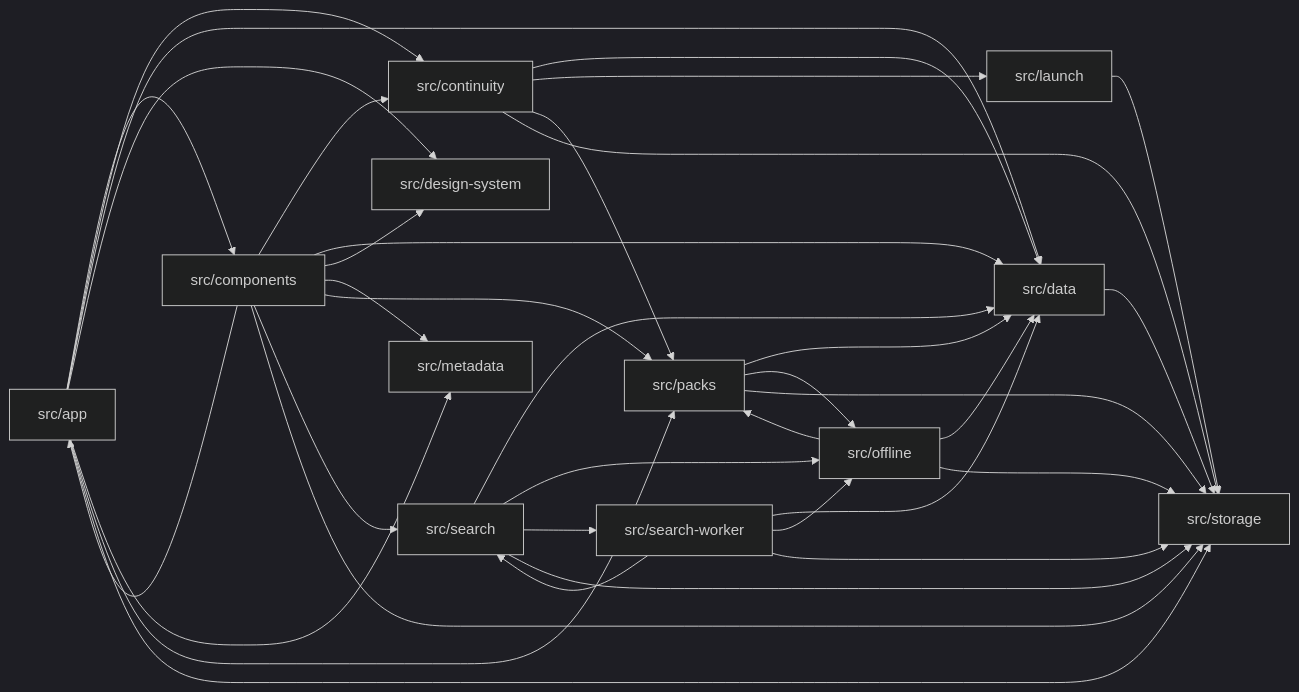
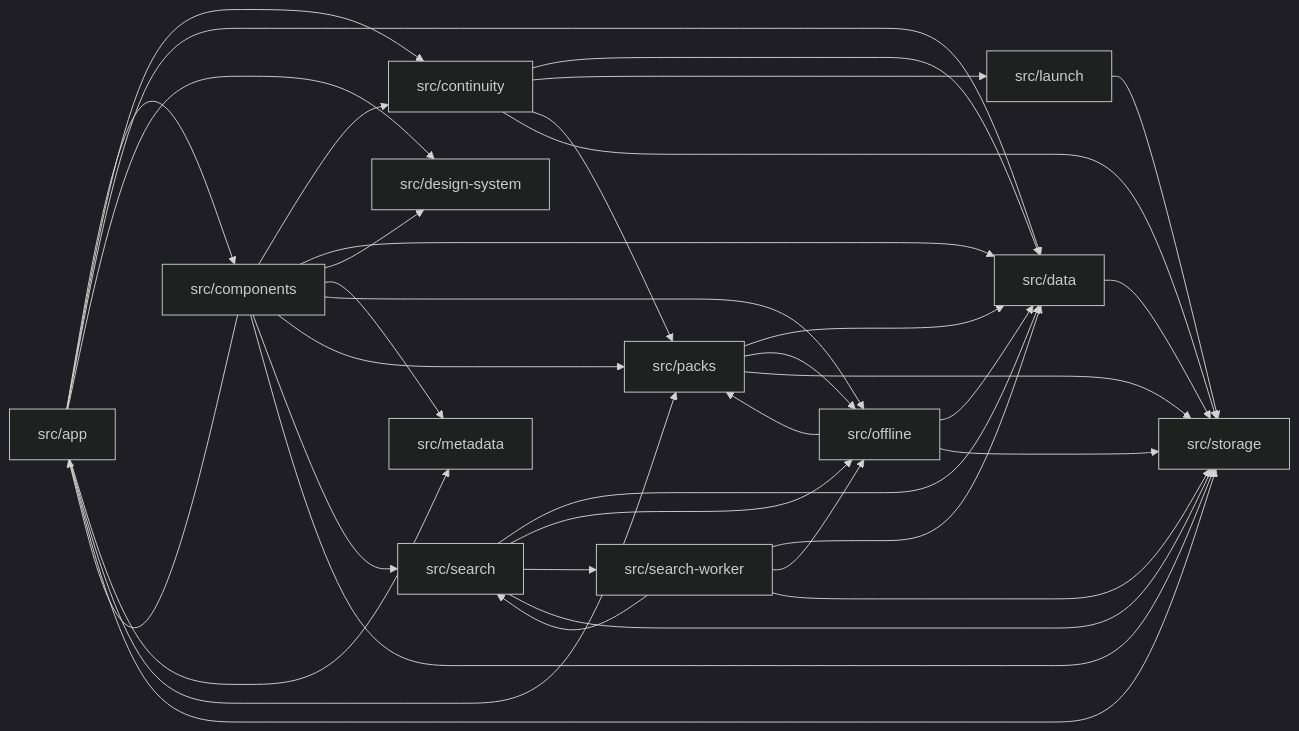
One commit to Omar-MD/QuranAtlas changed the diagram in docs/context/module-graph.md. Above: the diagram before and after it, drawn with Mermaid (dark theme). The commit also changed other lines of this file and 41 other files, not shown here.

````diff
--- a/docs/context/module-graph.md
+++ b/docs/context/module-graph.md
@@ -10,50 +10,51 @@
 ```mermaid
 graph LR
   src_app["src/app"]
   src_components["src/components"]
   src_continuity["src/continuity"]
   src_data["src/data"]
   src_design_system["src/design-system"]
   src_launch["src/launch"]
   src_metadata["src/metadata"]
   src_offline["src/offline"]
   src_packs["src/packs"]
   src_search["src/search"]
   src_search_worker["src/search-worker"]
   src_storage["src/storage"]
   src_app --> src_components
   src_app --> src_continuity
   src_app --> src_data
   src_app --> src_design_system
   src_app --> src_metadata
   src_app --> src_packs
   src_app --> src_storage
   src_components --> src_app
   src_components --> src_continuity
   src_components --> src_data
   src_components --> src_design_system
   src_components --> src_metadata
+  src_components --> src_offline
   src_components --> src_packs
   src_components --> src_search
   src_components --> src_storage
   src_continuity --> src_data
   src_continuity --> src_launch
   src_continuity --> src_packs
   src_continuity --> src_storage
   src_data --> src_storage
   src_launch --> src_storage
   src_offline --> src_data
   src_offline --> src_packs
   src_offline --> src_storage
   src_packs --> src_data
   src_packs --> src_offline
   src_packs --> src_storage
   src_search --> src_data
   src_search --> src_offline
   src_search --> src_search_worker
   src_search --> src_storage
   src_search_worker --> src_data
   src_search_worker --> src_offline
   src_search_worker --> src_search
   src_search_worker --> src_storage
 ```
````
